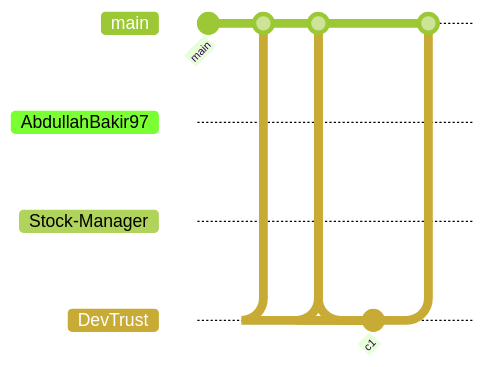
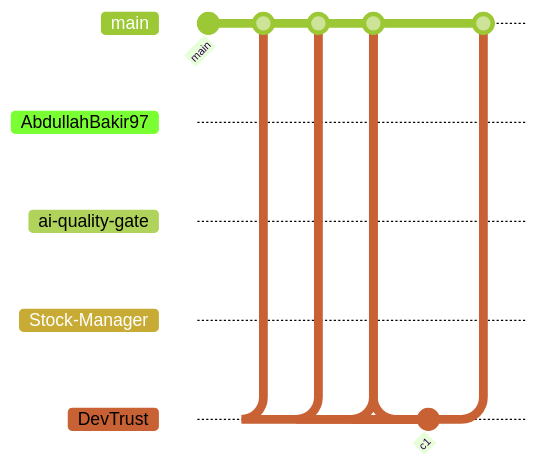
Before and after one commit to AbdullahBakir97/AbdullahBakir97: the diagram in README.md, drawn with Mermaid (forest theme). The commit also changed other lines of this file and 9 other files, not shown here.

````diff
--- a/README.md
+++ b/README.md
@@ -336,19 +336,24 @@
 ```mermaid
 gitGraph
    commit id: "main"
    branch AbdullahBakir97
    checkout AbdullahBakir97
    commit id: "c1"
    checkout main
    merge AbdullahBakir97
+   branch ai-quality-gate
+   checkout ai-quality-gate
+   commit id: "c1"
+   checkout main
+   merge ai-quality-gate
    branch Stock-Manager
    checkout Stock-Manager
    commit id: "c1"
    checkout main
    merge Stock-Manager
    branch DevTrust
    checkout DevTrust
    commit id: "c1"
    checkout main
    merge DevTrust
 ```
````
